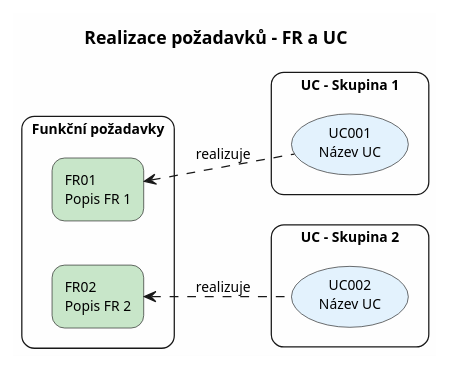
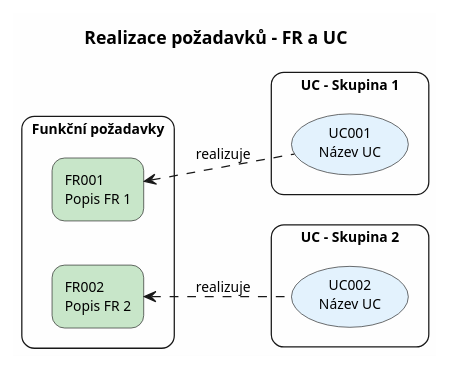
One commit to pvratny-droid/app.pvklok.eu changed the diagram in c3hub/RQU001 - Souhrn aplikace/analyza-md/diagrams/fr_realizace_uc.puml. Above: the diagram before and after it, drawn with PlantUML. The commit also changed 197 other files, not shown here.

```diff
--- a/c3hub/RQU001 - Souhrn aplikace/analyza-md/diagrams/fr_realizace_uc.puml
+++ b/c3hub/RQU001 - Souhrn aplikace/analyza-md/diagrams/fr_realizace_uc.puml
@@ -1,39 +1,39 @@
 @startuml FR_realizace_fr_uc
 skinparam defaultFontName "Segoe UI"
 skinparam defaultFontSize 11
 skinparam backgroundColor #FEFEFE
 skinparam rectangle {
     RoundCorner 20
     FontSize 11
 }
 
 left to right direction
 
 title Realizace požadavků – FR a UC
 
 ' === KONVENCE ===
 ' - Funkční požadavky: rectangle s barvou #C8E6C9 (zelená)
 ' - Use Cases: usecase s barvou #E3F2FD (modrá), seskupené do logických skupin
 ' - Vazby: čárkovaná šipka «realizuje»
 ' - Tento diagram zobrazuje jen FR→UC, první soubor (fr_realizace.puml) zobrazuje Cíle→FR
 
 rectangle "Funkční požadavky" {
-    rectangle "FR01\nPopis FR 1" as FR01 #C8E6C9
-    rectangle "FR02\nPopis FR 2" as FR02 #C8E6C9
+    rectangle "FR001\nPopis FR 1" as FR001 #C8E6C9
+    rectangle "FR002\nPopis FR 2" as FR002 #C8E6C9
     ' DOPLNIT: Další FR
 }
 
 rectangle "UC – Skupina 1" {
     usecase "UC001\nNázev UC" as UC001 #E3F2FD
     ' DOPLNIT: Další UC
 }
 
 rectangle "UC – Skupina 2" {
     usecase "UC002\nNázev UC" as UC002 #E3F2FD
     ' DOPLNIT: Další UC
 }
 
-FR01 <.. UC001 : «realizuje»
-FR02 <.. UC002 : «realizuje»
+FR001 <.. UC001 : «realizuje»
+FR002 <.. UC002 : «realizuje»
 
 @enduml
```
